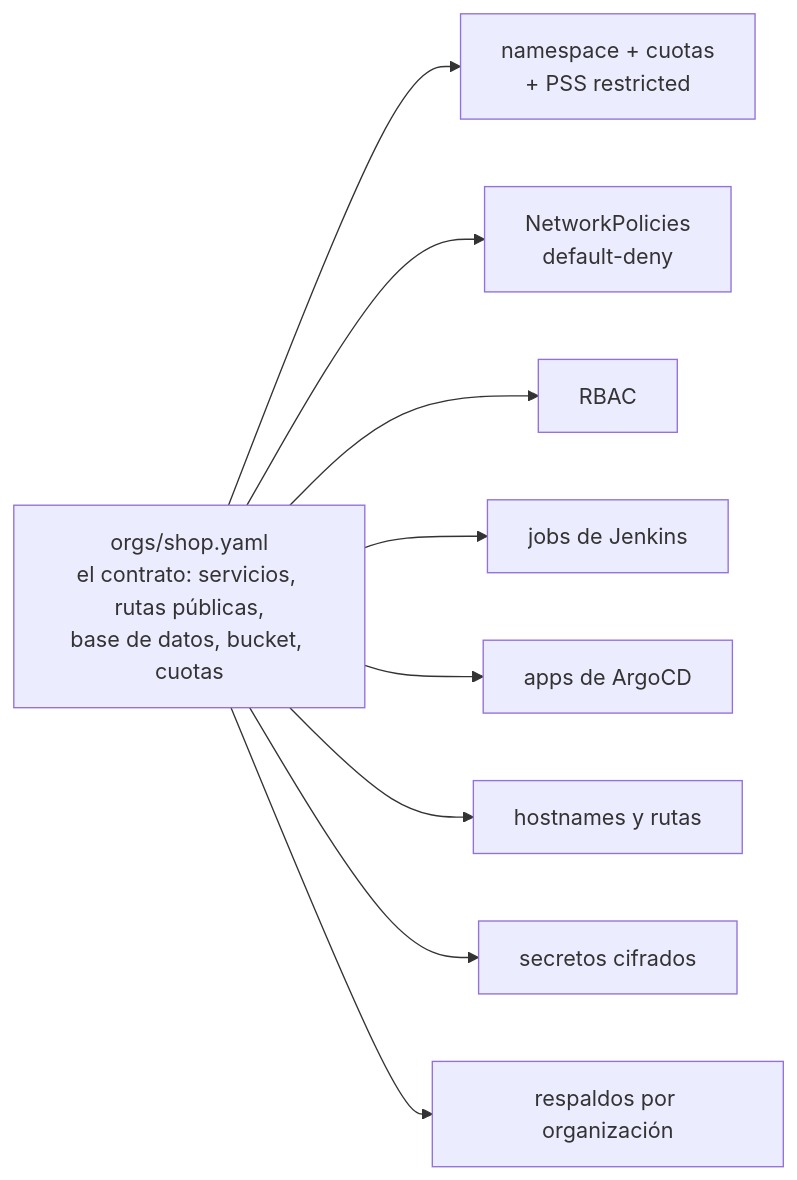
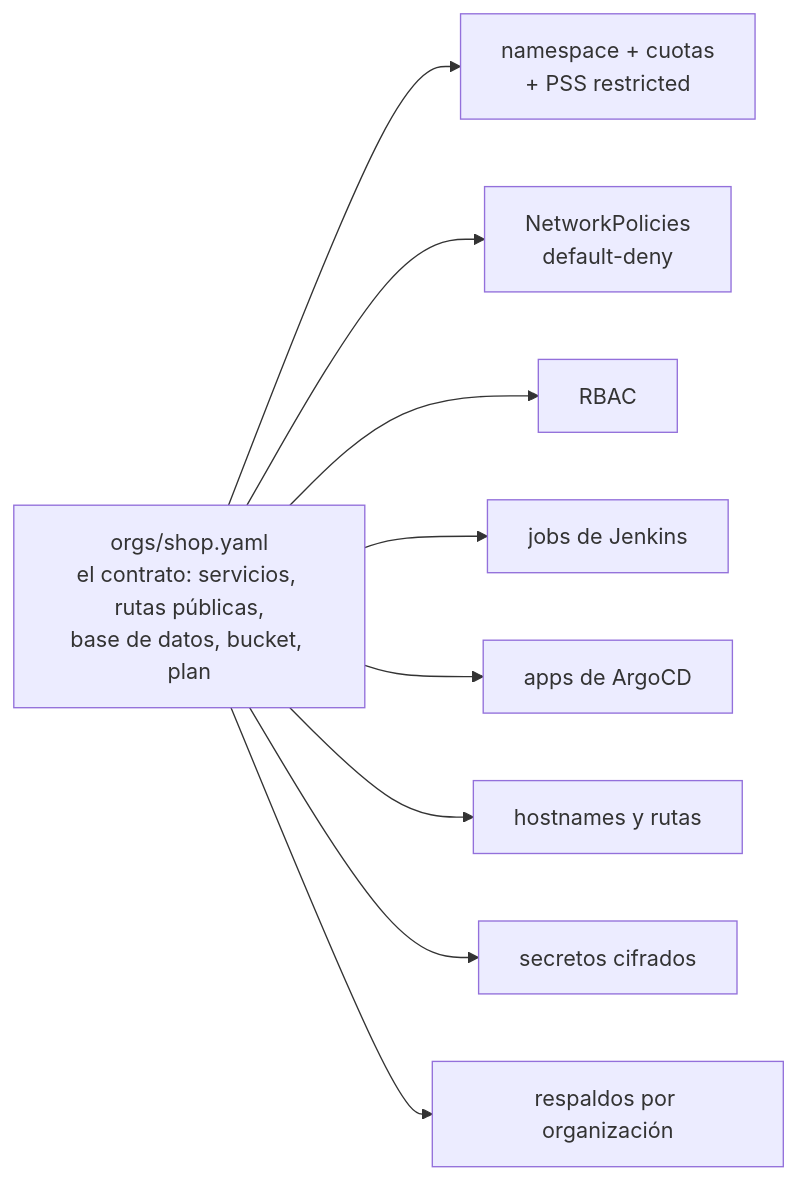
One commit to MEMEMEMEMEMEMEDev/aegis-infra changed the third of 3 diagrams in README.md. Above: the diagram before and after it, drawn with Mermaid. The commit also changed other lines of this file and 9 other files, not shown here.

````diff
--- a/README.md
+++ b/README.md
@@ -388,12 +279,12 @@
 ```mermaid
 flowchart LR
-    c["orgs/shop.yaml<br/>el contrato: servicios, rutas públicas,<br/>base de datos, bucket, cuotas"]
+    c["orgs/shop.yaml<br/>el contrato: servicios, rutas públicas,<br/>base de datos, bucket, plan"]
     c --> n["namespace + cuotas<br/>+ PSS restricted"]
     c --> np["NetworkPolicies<br/>default-deny"]
     c --> r["RBAC"]
     c --> j["jobs de Jenkins"]
     c --> a["apps de ArgoCD"]
     c --> h["hostnames y rutas"]
     c --> s["secretos cifrados"]
     c --> b["respaldos por organización"]
 ```
````
